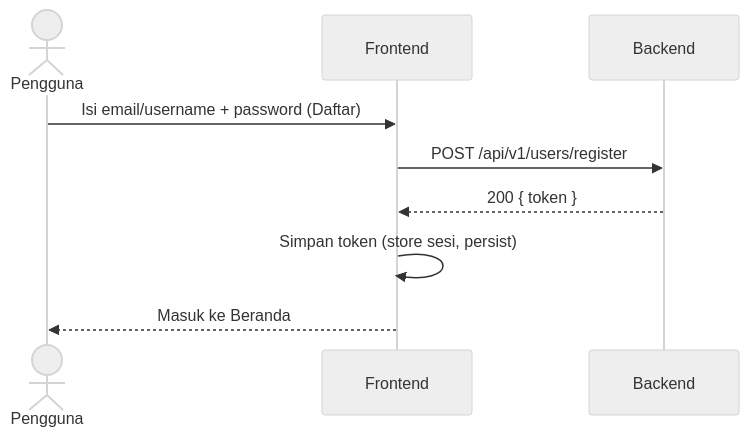
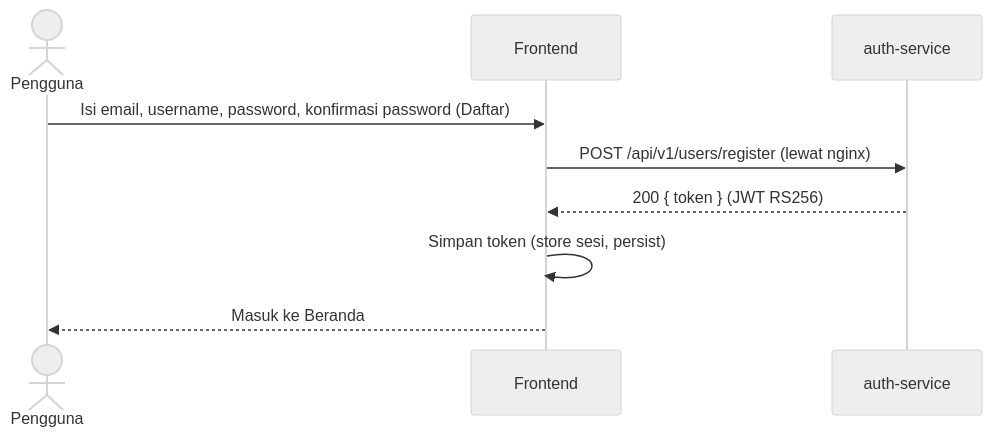
One commit to monte-christo-gilberd/Queue-Management-System changed the first of 5 diagrams in FLOW.md. Above: the diagram before and after it, drawn with Mermaid (neutral theme). The commit also changed other lines of this file and 20 other files, not shown here.

````diff
--- a/FLOW.md
+++ b/FLOW.md
@@ -8,11 +8,11 @@
 ```mermaid
 sequenceDiagram
     actor U as Pengguna
     participant FE as Frontend
-    participant BE as Backend
-    U->>FE: Isi email/username + password (Daftar)
-    FE->>BE: POST /api/v1/users/register
-    BE-->>FE: 200 { token }
+    participant AS as auth-service
+    U->>FE: Isi email, username, password, konfirmasi password (Daftar)
+    FE->>AS: POST /api/v1/users/register (lewat nginx)
+    AS-->>FE: 200 { token } (JWT RS256)
     FE->>FE: Simpan token (store sesi, persist)
     FE-->>U: Masuk ke Beranda
 ```
````
